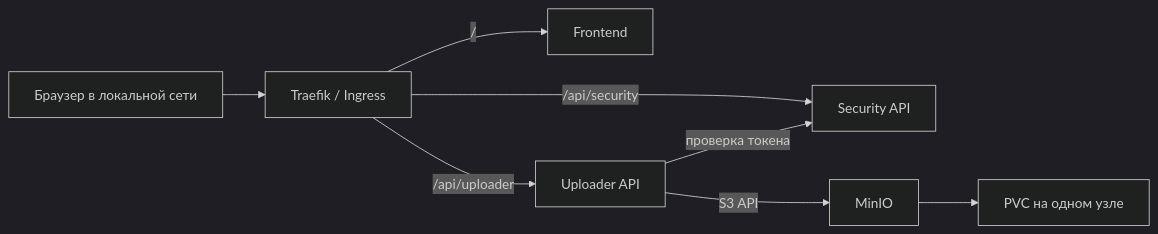
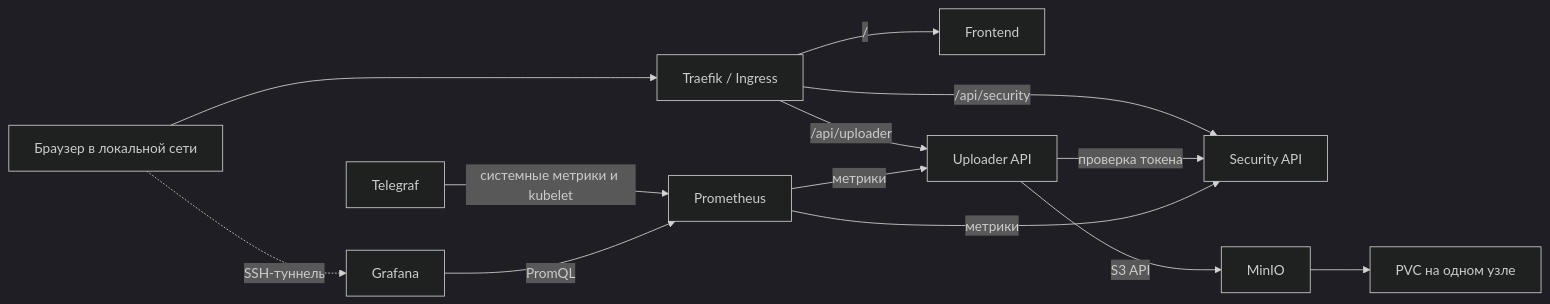
The diagram in README.md (Folau1/microservices-observability), drawn with Mermaid (dark theme) before and after one commit. The commit also changed other lines of this file and 1 other file, not shown here.

````diff
--- a/README.md
+++ b/README.md
@@ -11,10 +11,15 @@
 ```mermaid
 flowchart LR
     browser[Браузер в локальной сети] --> gateway[Traefik / Ingress]
     gateway -->|/| front[Frontend]
     gateway -->|/api/security| security[Security API]
     gateway -->|/api/uploader| uploader[Uploader API]
     uploader -->|проверка токена| security
     uploader -->|S3 API| minio[MinIO]
     minio --> pvc[PVC на одном узле]
+    telegraf[Telegraf] -->|системные метрики и kubelet| prometheus[Prometheus]
+    prometheus -->|метрики| security
+    prometheus -->|метрики| uploader
+    grafana[Grafana] -->|PromQL| prometheus
+    browser -. SSH-туннель .-> grafana
 ```
````
